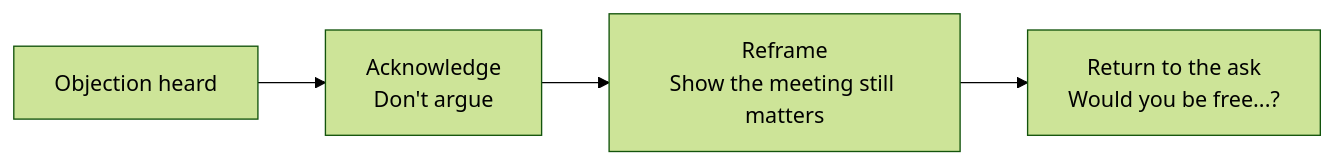
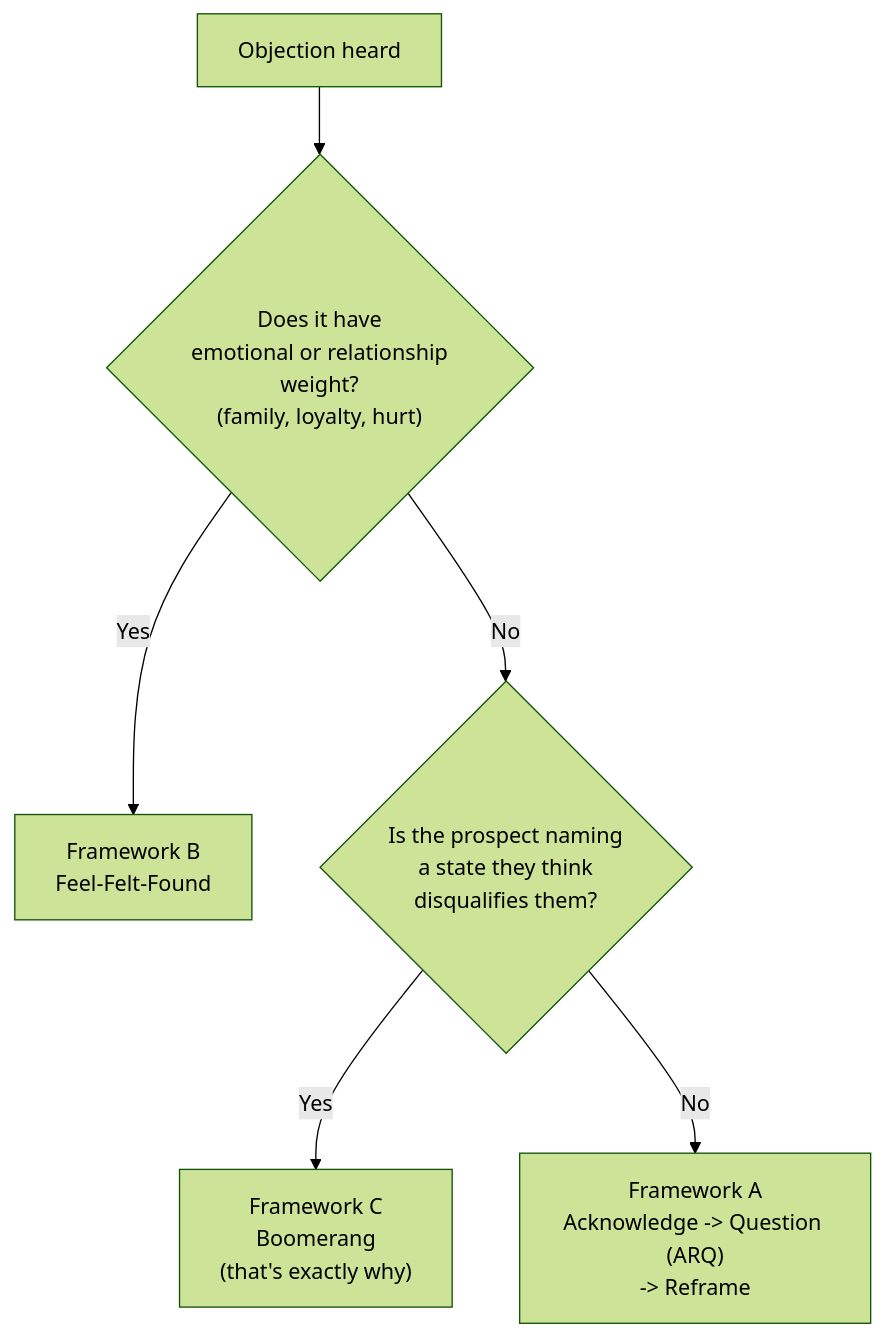
One commit to leotansingapore/aia-product-compass-hub changed the first of 2 diagrams in docs/first-60-days/week-8/day-44.md. Above: the diagram before and after it, drawn with Mermaid (forest theme). The commit also changed other lines of this file, not shown here.

````diff
--- a/docs/first-60-days/week-8/day-44.md
+++ b/docs/first-60-days/week-8/day-44.md
@@ -113,6 +127,8 @@
 ```mermaid
-flowchart LR
-    A["Objection heard"] --> B["Acknowledge<br/>Don't argue"]
-    B --> C["Reframe<br/>Show the meeting still matters"]
-    C --> D["Return to the ask<br/>Would you be free...?"]
+flowchart TD
+    A["Objection heard"] --> B{"Does it have<br/>emotional or relationship<br/>weight?<br/>(family, loyalty, hurt)"}
+    B -- "Yes" --> C["Framework B<br/>Feel-Felt-Found"]
+    B -- "No" --> D{"Is the prospect naming<br/>a state they think<br/>disqualifies them?"}
+    D -- "Yes" --> E["Framework C<br/>Boomerang<br/>(that's exactly why)"]
+    D -- "No" --> F["Framework A<br/>Acknowledge -> Question (ARQ)<br/>-> Reframe"]
 ```
````
